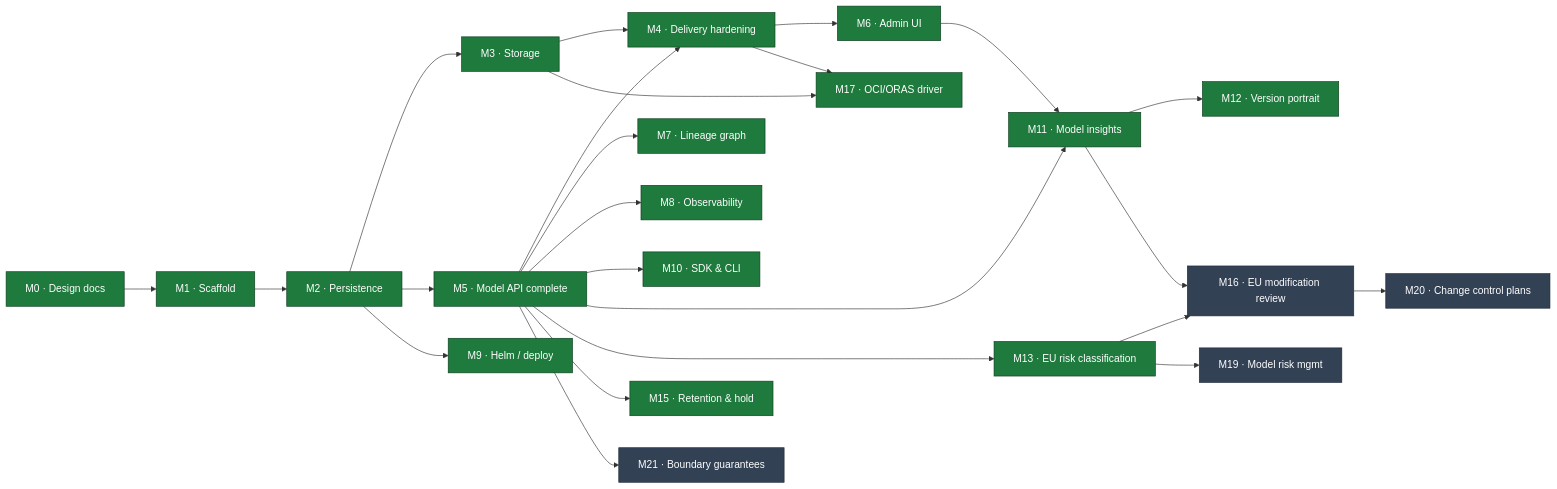
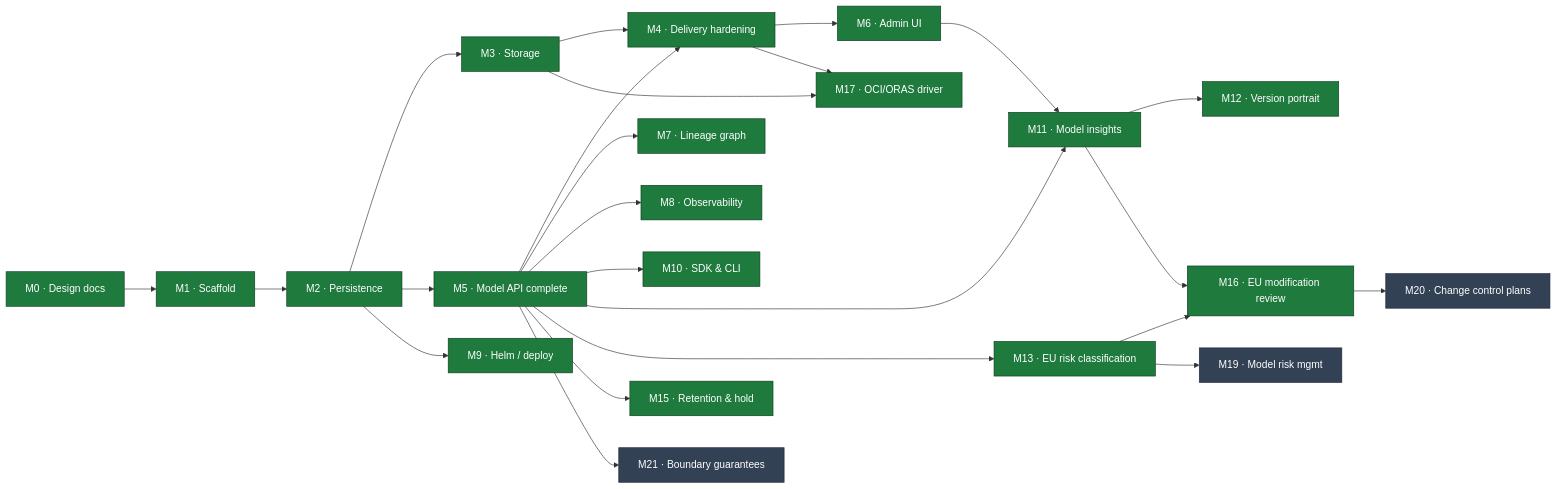
One commit to proseria-research/lineage changed the diagram in MILESTONES.md. Above: the diagram before and after it, drawn with Mermaid. The commit also changed other lines of this file and 4 other files, not shown here.

````diff
--- a/MILESTONES.md
+++ b/MILESTONES.md
@@ -17,36 +17,36 @@
 ```mermaid
 flowchart LR
     M0["M0 · Design docs"] --> M1["M1 · Scaffold"]
     M1 --> M2["M2 · Persistence"]
     M2 --> M3["M3 · Storage"]
     M2 --> M5["M5 · Model API complete"]
     M3 --> M4["M4 · Delivery hardening"]
     M5 --> M4
     M5 --> M7["M7 · Lineage graph"]
     M4 --> M6["M6 · Admin UI"]
     M5 --> M8["M8 · Observability"]
     M2 --> M9["M9 · Helm / deploy"]
     M5 --> M10["M10 · SDK & CLI"]
     M5 --> M11["M11 · Model insights"]
     M6 --> M11
     M11 --> M12["M12 · Version portrait"]
 
     M5 --> M13["M13 · EU risk classification"]
     M13 --> M16["M16 · EU modification review"]
     M11 --> M16
     M5 --> M15["M15 · Retention &amp; hold"]
 
     M3 --> M17["M17 · OCI/ORAS driver"]
     M4 --> M17
 
     M13 --> M19["M19 · Model risk mgmt"]
     M16 --> M20["M20 · Change control plans"]
 
     M5 --> M21["M21 · Boundary guarantees"]
 
     classDef done fill:#1f7a3d,stroke:#0d3d1e,color:#fff;
     classDef active fill:#b45309,stroke:#7c3a06,color:#fff;
     classDef todo fill:#334155,stroke:#1e293b,color:#fff;
-    class M0,M1,M2,M3,M4,M5,M6,M7,M8,M9,M10,M11,M12,M13,M15,M17 done;
-    class M16,M19,M20,M21 todo;
+    class M0,M1,M2,M3,M4,M5,M6,M7,M8,M9,M10,M11,M12,M13,M15,M16,M17 done;
+    class M19,M20,M21 todo;
 ```
````
